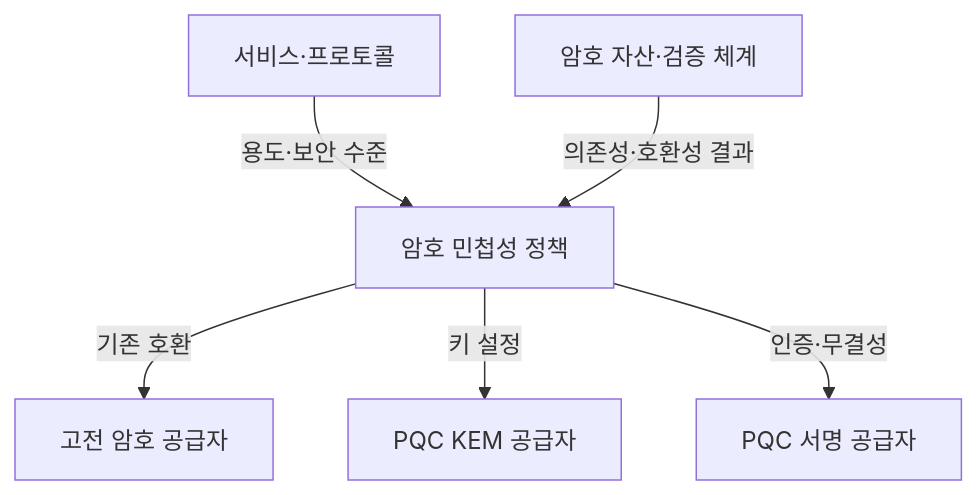
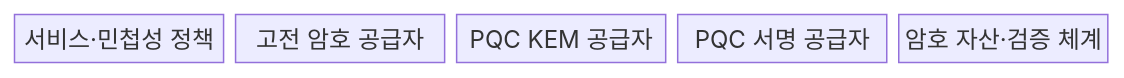
The first of 2 diagrams in src/content/docs/notes/05-security/012_post_quantum_cryptography.md (agnusdei1207/knowledge-base), drawn with Mermaid before and after one commit. The commit also changed other lines of this file and 22 other files, not shown here.

````diff
--- a/src/content/docs/notes/05-security/012_post_quantum_cryptography.md
+++ b/src/content/docs/notes/05-security/012_post_quantum_cryptography.md
@@ -61,8 +63,9 @@
 ```mermaid
-flowchart TB
-    S["서비스·프로토콜"] -->|"용도·보안 수준"| A["암호 민첩성 정책"]
-    A -->|"기존 호환"| C["고전 암호 공급자"]
-    A -->|"키 설정"| K["PQC KEM 공급자"]
-    A -->|"인증·무결성"| D["PQC 서명 공급자"]
-    I["암호 자산·검증 체계"] -->|"의존성·호환성 결과"| A
+block-beta
+    columns 5
+    S["서비스·민첩성 정책"]
+    C["고전 암호 공급자"]
+    K["PQC KEM 공급자"]
+    D["PQC 서명 공급자"]
+    I["암호 자산·검증 체계"]
 ```
````
